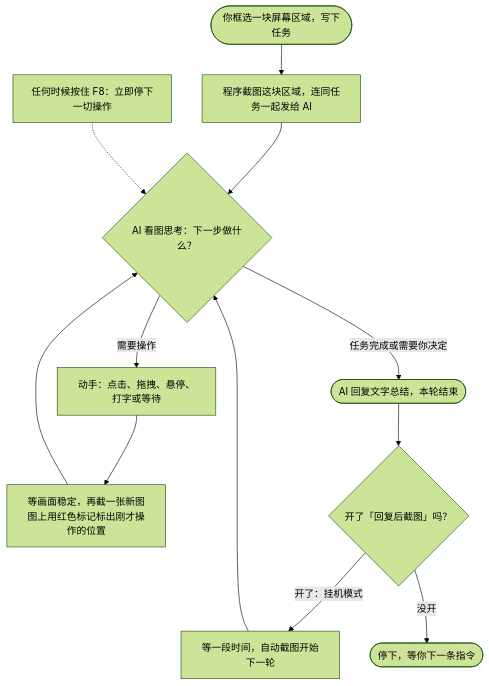
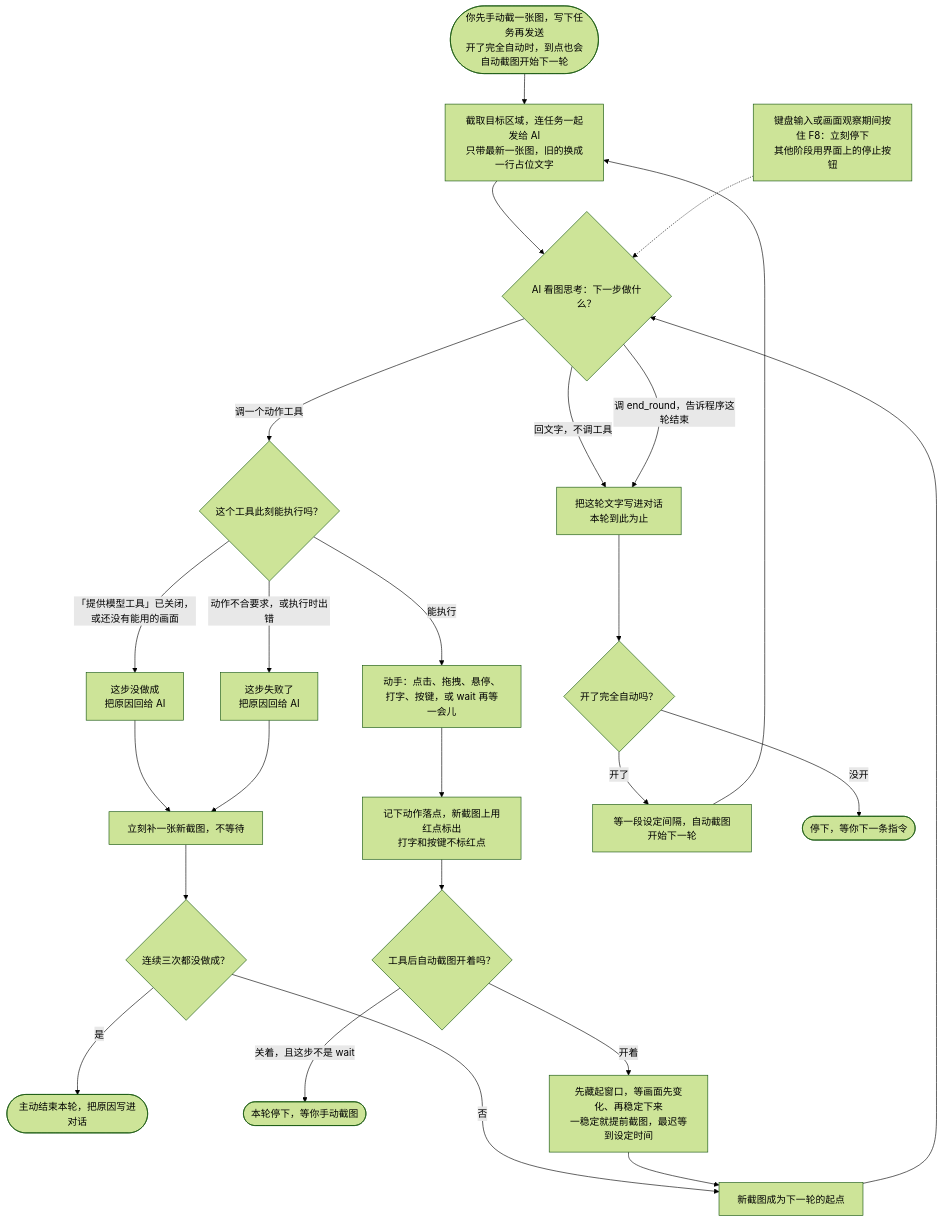
The diagram in README.md (s11IM/VLM_Screenshot_Action), drawn with Mermaid (forest theme) before and after one commit. The commit also changed other lines of this file and 28 other files, not shown here.

````diff
--- a/README.md
+++ b/README.md
@@ -62,14 +62,26 @@
 ```mermaid
 flowchart TD
-    A([你框选一块屏幕区域，写下任务]) --> B[程序截图这块区域，连同任务一起发给 AI]
+    A([你先手动截一张图，写下任务再发送<br/>开了完全自动时，到点也会自动截图开始下一轮]) --> B[截取目标区域，连任务一起发给 AI<br/>只带最新一张图，旧的换成一行占位文字]
     B --> C{AI 看图思考：下一步做什么？}
-    C -- 需要操作 --> D[动手：点击、拖拽、悬停、打字或等待]
-    D --> E[等画面稳定，再截一张新图<br/>图上用红色标记标出刚才操作的位置]
-    E --> C
-    C -- 任务完成或需要你决定 --> F([AI 回复文字总结，本轮结束])
-    F --> G{开了「回复后截图」吗？}
-    G -- 开了：挂机模式 --> H[等一段时间，自动截图开始下一轮]
-    H --> C
-    G -- 没开 --> I([停下，等你下一条指令])
-    J[任何时候按住 F8：立即停下一切操作] -.-> C
+    C -- 回文字，不调工具 --> R[把这轮文字写进对话<br/>本轮到此为止]
+    C -- 调 end_round，告诉程序这轮结束 --> R
+    C -- 调一个动作工具 --> D{这个工具此刻能执行吗？}
+    D -- 「提供模型工具」已关闭，或还没有能用的画面 --> D2[这步没做成<br/>把原因回给 AI]
+    D -- 动作不合要求，或执行时出错 --> D3[这步失败了<br/>把原因回给 AI]
+    D2 --> I2[立刻补一张新截图，不等待]
+    D3 --> I2
+    I2 --> I3{连续三次都没做成？}
+    I3 -- 是 --> I4([主动结束本轮，把原因写进对话])
+    I3 -- 否 --> J
+    D -- 能执行 --> E[动手：点击、拖拽、悬停、打字、按键，或 wait 再等一会儿]
+    E --> E2[记下动作落点，新截图上用红点标出<br/>打字和按键不标红点]
+    E2 --> H{工具后自动截图开着吗？}
+    H -- 关着，且这步不是 wait --> H2([本轮停下，等你手动截图])
+    H -- 开着 --> I[先藏起窗口，等画面先变化、再稳定下来<br/>一稳定就提前截图，最迟等到设定时间]
+    I --> J[新截图成为下一轮的起点]
+    J --> C
+    R --> K{开了完全自动吗？}
+    K -- 开了 --> L[等一段设定间隔，自动截图开始下一轮] --> B
+    K -- 没开 --> M([停下，等你下一条指令])
+    N[键盘输入或画面观察期间按住 F8：立刻停下<br/>其他阶段用界面上的停止按钮] -.-> C
 ```
````
